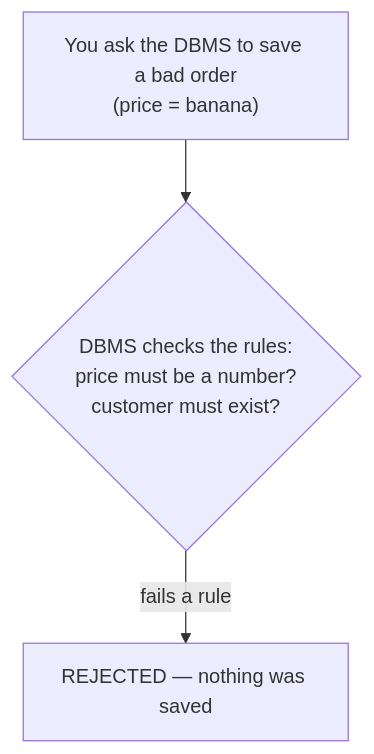
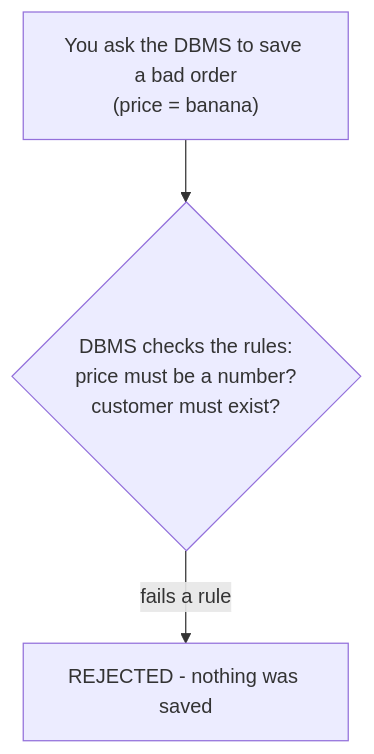
One commit to Topurrra/themissingmanual changed the second of 2 diagrams in guides/databases/what-a-database-is/01-more-than-a-spreadsheet.md. Above: the diagram before and after it, drawn with Mermaid. The commit also changed other lines of this file and 1009 other files, not shown here.

````diff
--- a/guides/databases/what-a-database-is/01-more-than-a-spreadsheet.md
+++ b/guides/databases/what-a-database-is/01-more-than-a-spreadsheet.md
@@ -53,5 +53,5 @@
 ```mermaid
 flowchart TD
   A["You ask the DBMS to save a bad order<br/>(price = banana)"] --> B{"DBMS checks the rules:<br/>price must be a number?<br/>customer must exist?"}
-  B -->|fails a rule| C["REJECTED — nothing was saved"]
+  B -->|fails a rule| C["REJECTED - nothing was saved"]
 ```
````
